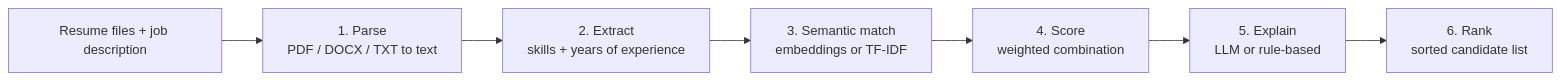
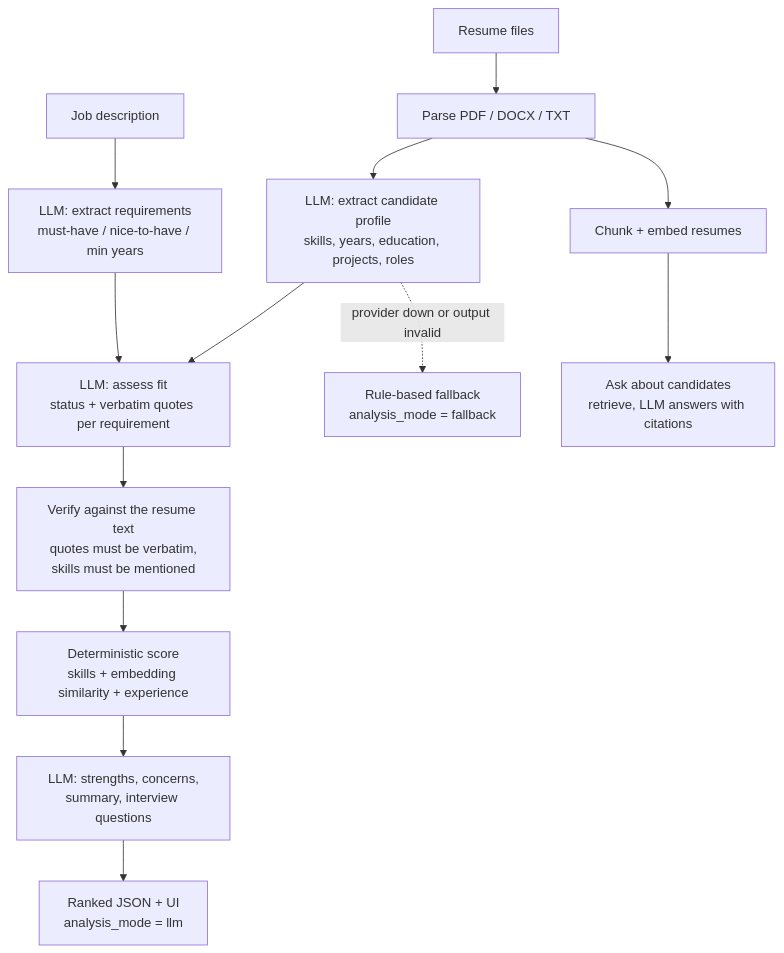
One commit to VISHNU4718/ai-resume-screening-agent changed the diagram in README.md. Above: the diagram before and after it, drawn with Mermaid. The commit also changed other lines of this file and 3 other files, not shown here.

````diff
--- a/README.md
+++ b/README.md
@@ -15,9 +17,15 @@
 ```mermaid
-flowchart LR
-    A[Resume files + job description] --> B[1. Parse<br/>PDF / DOCX / TXT to text]
-    B --> C[2. Extract<br/>skills + years of experience]
-    C --> D[3. Semantic match<br/>embeddings or TF-IDF]
-    D --> E[4. Score<br/>weighted combination]
-    E --> F[5. Explain<br/>LLM or rule-based]
-    F --> G[6. Rank<br/>sorted candidate list]
+flowchart TD
+    JD[Job description] --> J[LLM: extract requirements<br/>must-have / nice-to-have / min years]
+    R[Resume files] --> P[Parse PDF / DOCX / TXT]
+    P --> X[LLM: extract candidate profile<br/>skills, years, education, projects, roles]
+    J --> A[LLM: assess fit<br/>status + verbatim quotes per requirement]
+    X --> A
+    A --> V[Verify against the resume text<br/>quotes must be verbatim,<br/>skills must be mentioned]
+    V --> S[Deterministic score<br/>skills + embedding similarity + experience]
+    S --> W[LLM: strengths, concerns,<br/>summary, interview questions]
+    W --> OUT[Ranked JSON + UI<br/>analysis_mode = llm]
+    P --> C[Chunk + embed resumes]
+    C --> Q[Ask about candidates<br/>retrieve, LLM answers with citations]
+    X -.->|provider down or output invalid| F[Rule-based fallback<br/>analysis_mode = fallback]
 ```
````
